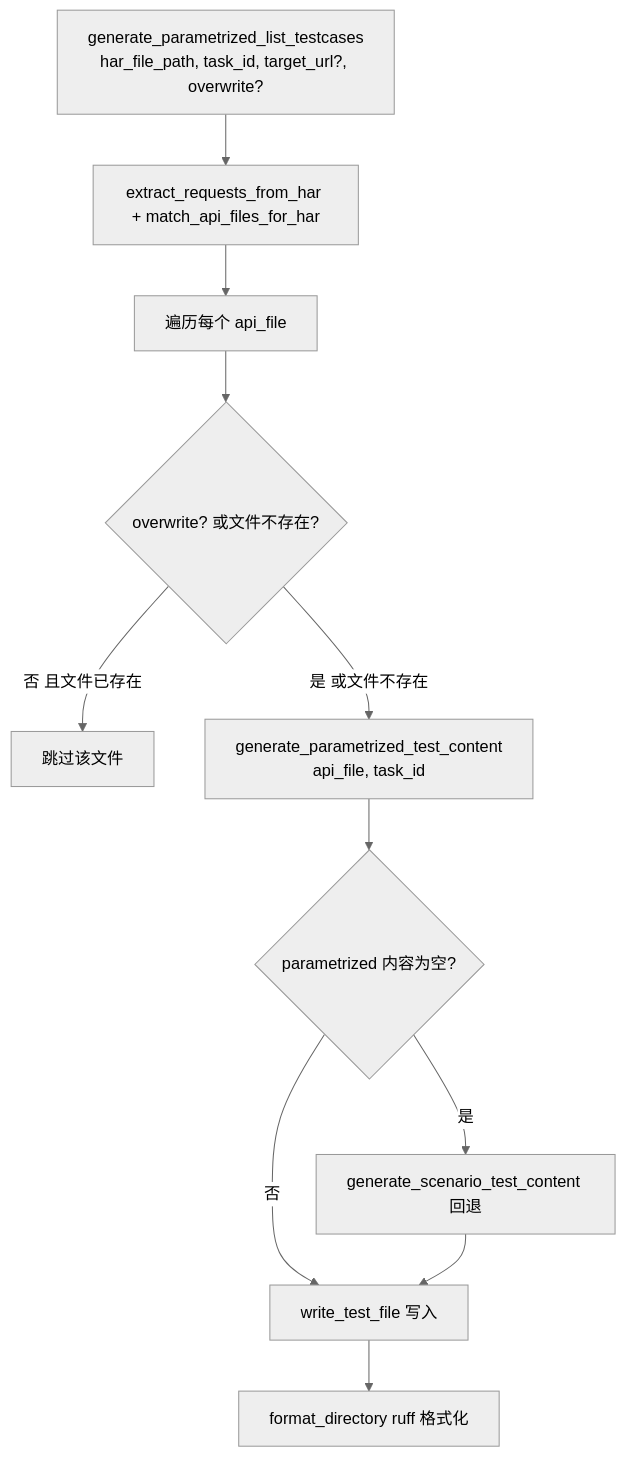
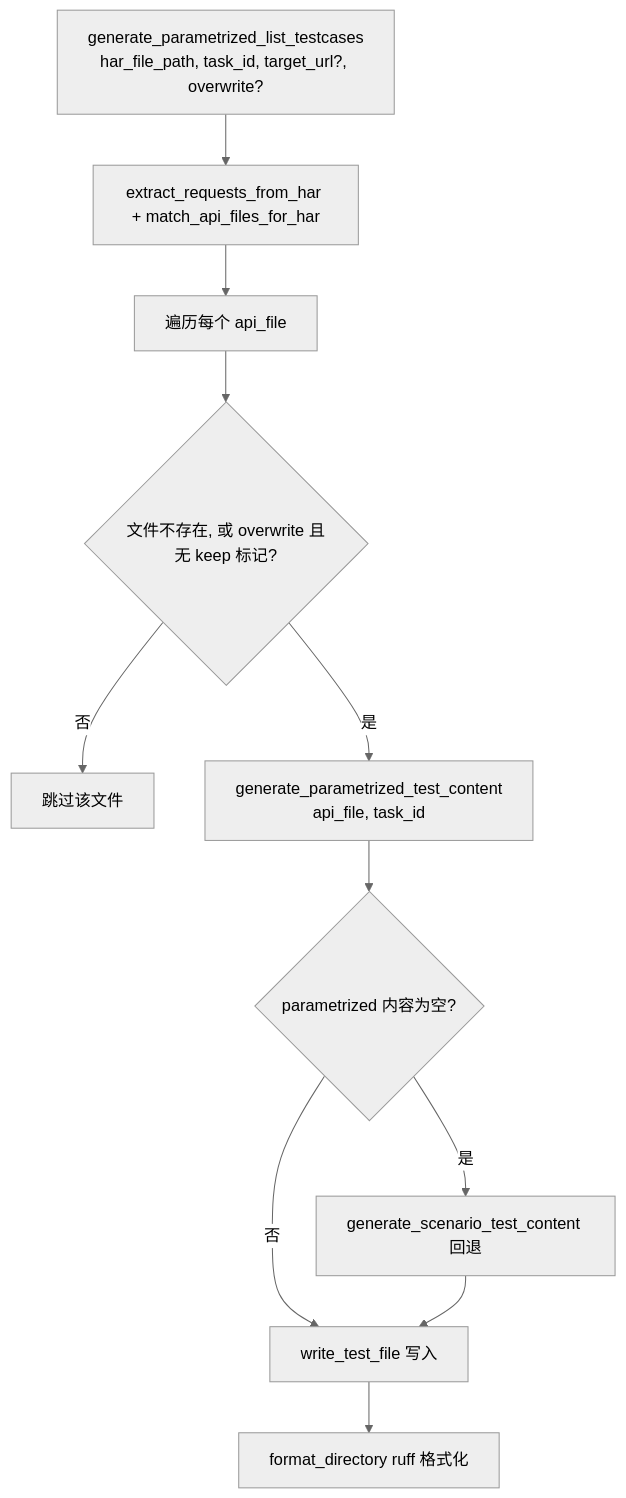
The first of 3 diagrams in docs/testcase_generation_modes.md (hewei198711/har2pytest), drawn with Mermaid (neutral theme) before and after one commit. The commit also changed other lines of this file and 44 other files, not shown here.

````diff
--- a/docs/testcase_generation_modes.md
+++ b/docs/testcase_generation_modes.md
@@ -25,13 +37,13 @@
 ```mermaid
 flowchart TD
     A[generate_parametrized_list_testcases<br/>har_file_path, task_id, target_url?, overwrite?] --> B[extract_requests_from_har + match_api_files_for_har]
     B --> C[遍历每个 api_file]
-    C --> D{overwrite? 或文件不存在?}
-    D -->|否 且文件已存在| E[跳过该文件]
-    D -->|是 或文件不存在| F[generate_parametrized_test_content<br/>api_file, task_id]
+    C --> D{文件不存在, 或 overwrite 且无 keep 标记?}
+    D -->|否| E[跳过该文件]
+    D -->|是| F[generate_parametrized_test_content<br/>api_file, task_id]
     F --> G{parametrized 内容为空?}
     G -->|是| H[generate_scenario_test_content 回退]
     G -->|否| I[write_test_file 写入]
     H --> I
     I --> J[format_directory ruff 格式化]
 ```
````
